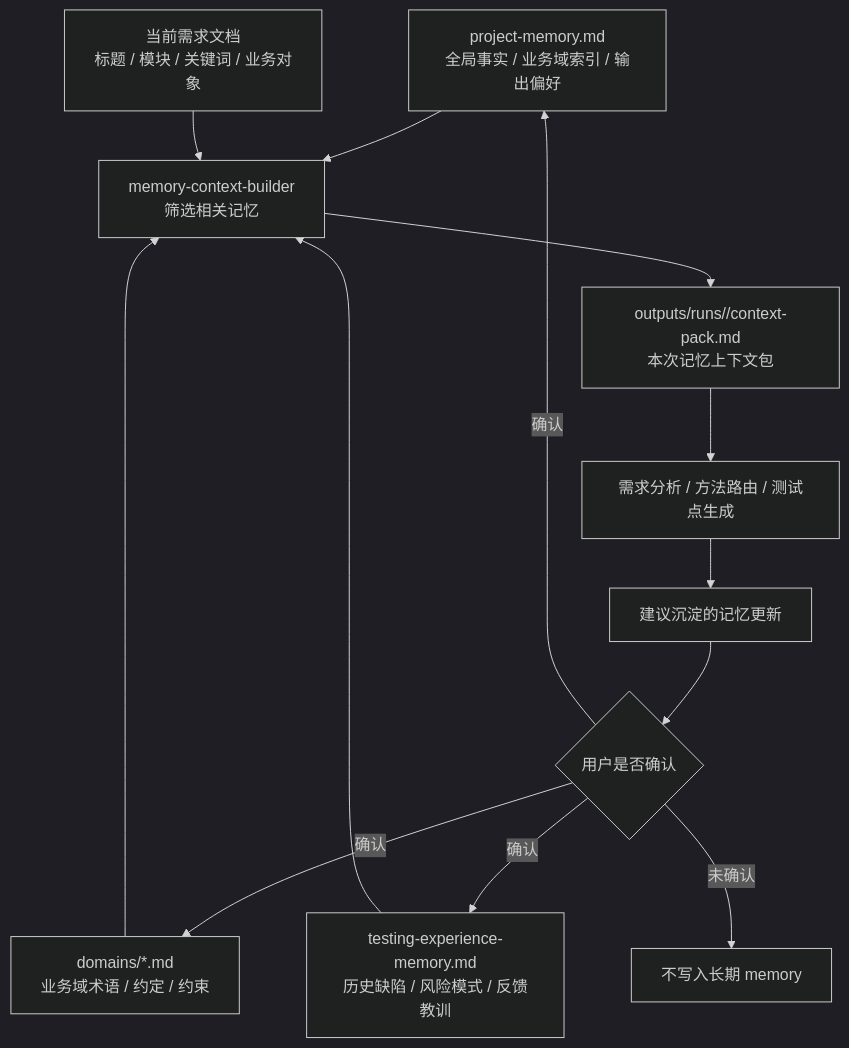
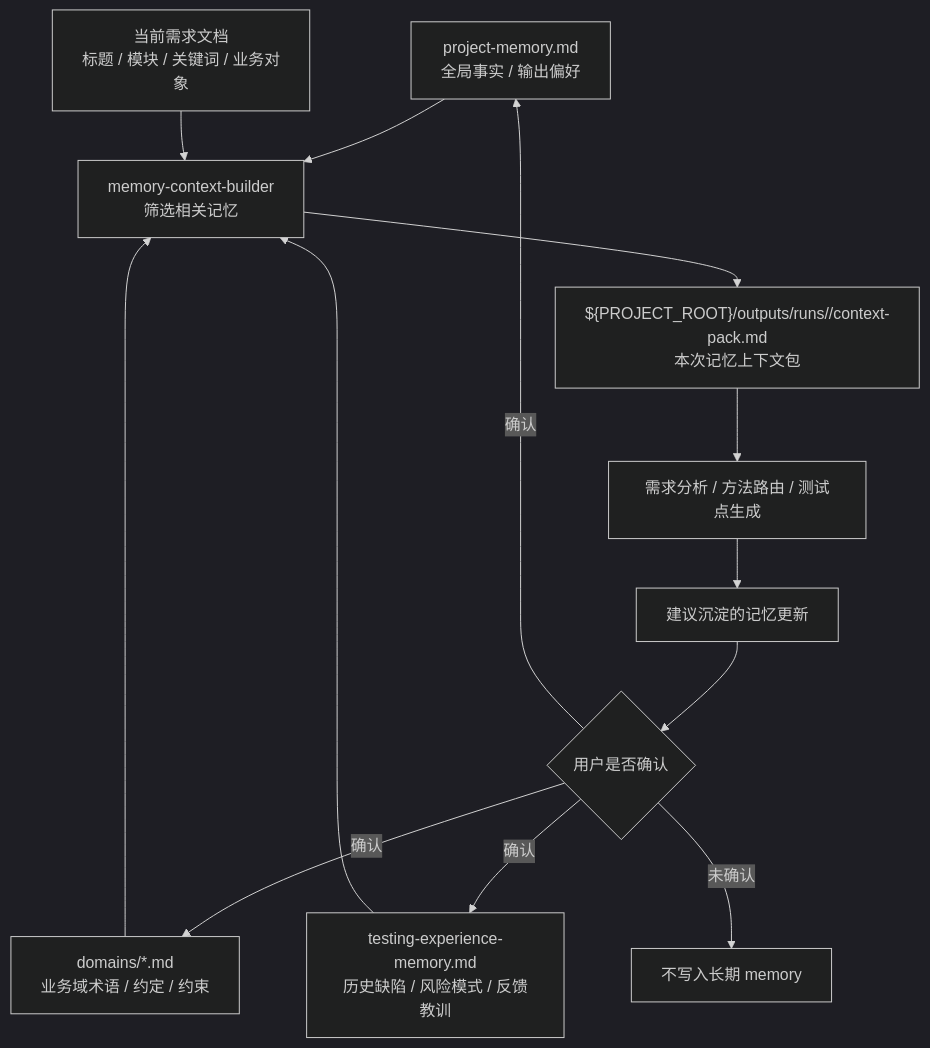
The sixth of 8 diagrams in docs/test-analysis-agent-design.md (szluoqy-byte/Test-Analysis-Agent), drawn with Mermaid (dark theme) before and after one commit. The commit also changed other lines of this file and 21 other files, not shown here.

Commit message:
feat: stabilize run paths and domain memory loading

````diff
--- a/docs/test-analysis-agent-design.md
+++ b/docs/test-analysis-agent-design.md
@@ -335,15 +335,15 @@
 ```mermaid
 flowchart TD
-  Project["project-memory.md\n全局事实 / 业务域索引 / 输出偏好"] --> Select["memory-context-builder\n筛选相关记忆"]
+  Project["project-memory.md\n全局事实 / 输出偏好"] --> Select["memory-context-builder\n筛选相关记忆"]
   Domains["domains/*.md\n业务域术语 / 约定 / 约束"] --> Select
   Experience["testing-experience-memory.md\n历史缺陷 / 风险模式 / 反馈教训"] --> Select
   Requirement["当前需求文档\n标题 / 模块 / 关键词 / 业务对象"] --> Select
-  Select --> Pack["outputs/runs/<run-id>/context-pack.md\n本次记忆上下文包"]
+  Select --> Pack["${PROJECT_ROOT}/outputs/runs/<run-id>/context-pack.md\n本次记忆上下文包"]
   Pack --> Analysis["需求分析 / 方法路由 / 测试点生成"]
   Analysis --> Proposal["建议沉淀的记忆更新"]
   Proposal --> Confirm{"用户是否确认"}
   Confirm -- "确认" --> Project
   Confirm -- "确认" --> Domains
   Confirm -- "确认" --> Experience
   Confirm -- "未确认" --> NoWrite["不写入长期 memory"]
 ```
````
